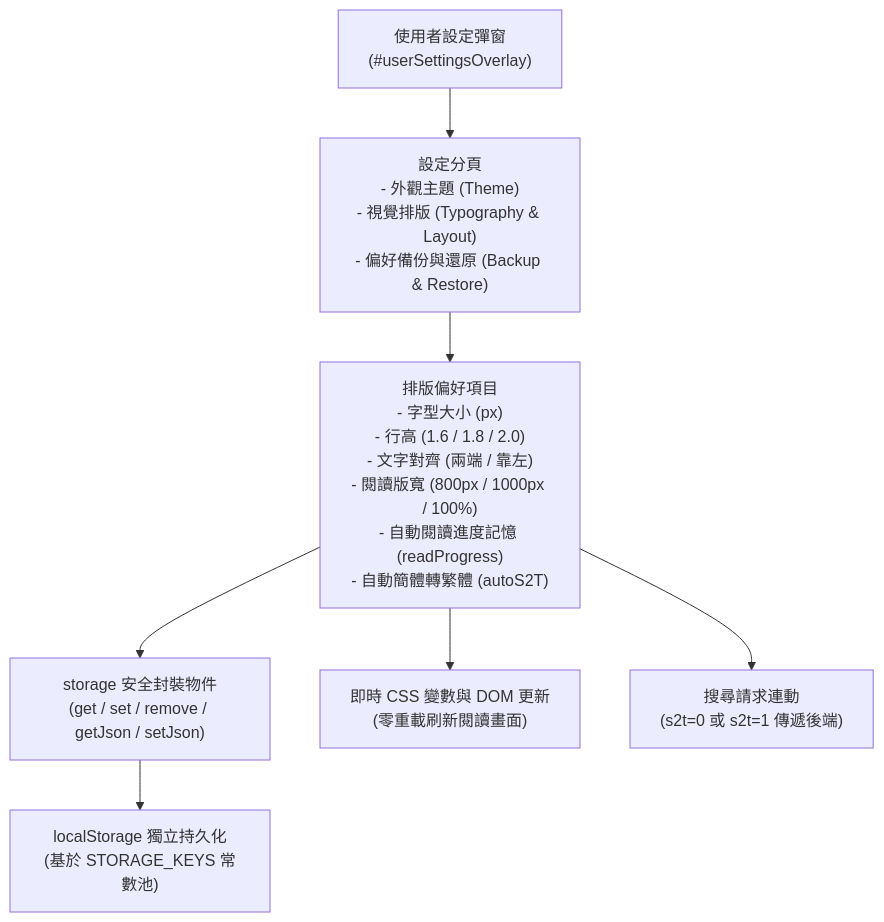
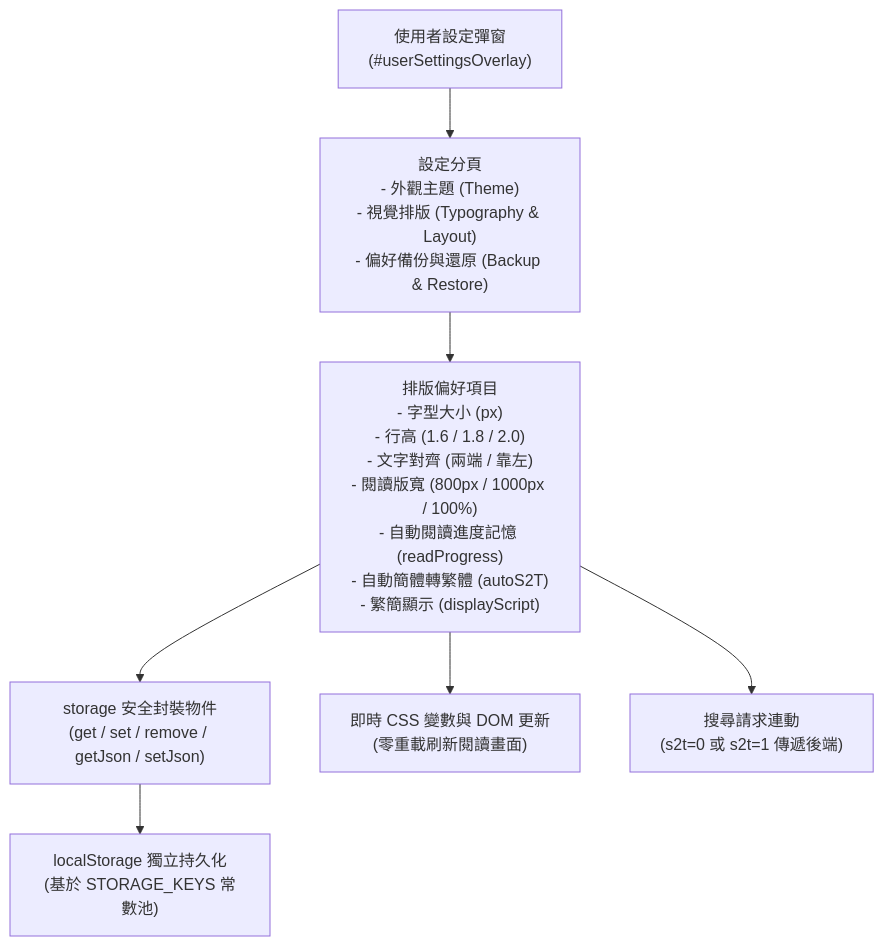
The tenth of 12 diagrams in ARCHITECTURE.md (jmedzen/mdWebview), drawn with Mermaid before and after one commit. The commit also changed other lines of this file and 21 other files, not shown here.

````diff
--- a/ARCHITECTURE.md
+++ b/ARCHITECTURE.md
@@ -448,9 +449,9 @@
 ```mermaid
 flowchart TD
     PrefUI["使用者設定彈窗\n(#userSettingsOverlay)"] --> Tabs["設定分頁\n- 外觀主題 (Theme)\n- 視覺排版 (Typography & Layout)\n- 偏好備份與還原 (Backup & Restore)"]
-    Tabs --> Settings["排版偏好項目\n- 字型大小 (px)\n- 行高 (1.6 / 1.8 / 2.0)\n- 文字對齊 (兩端 / 靠左)\n- 閱讀版寬 (800px / 1000px / 100%)\n- 自動閱讀進度記憶 (readProgress)\n- 自動簡體轉繁體 (autoS2T)"]
+    Tabs --> Settings["排版偏好項目\n- 字型大小 (px)\n- 行高 (1.6 / 1.8 / 2.0)\n- 文字對齊 (兩端 / 靠左)\n- 閱讀版寬 (800px / 1000px / 100%)\n- 自動閱讀進度記憶 (readProgress)\n- 自動簡體轉繁體 (autoS2T)\n- 繁簡顯示 (displayScript)"]
     Settings --> StorageAPI["storage 安全封裝物件\n(get / set / remove / getJson / setJson)"]
     StorageAPI --> LocalStorage["localStorage 獨立持久化\n(基於 STORAGE_KEYS 常數池)"]
     Settings --> LiveApply["即時 CSS 變數與 DOM 更新\n(零重載刷新閱讀畫面)"]
     Settings --> S2TSearch["搜尋請求連動\n(s2t=0 或 s2t=1 傳遞後端)"]
 ```
````
